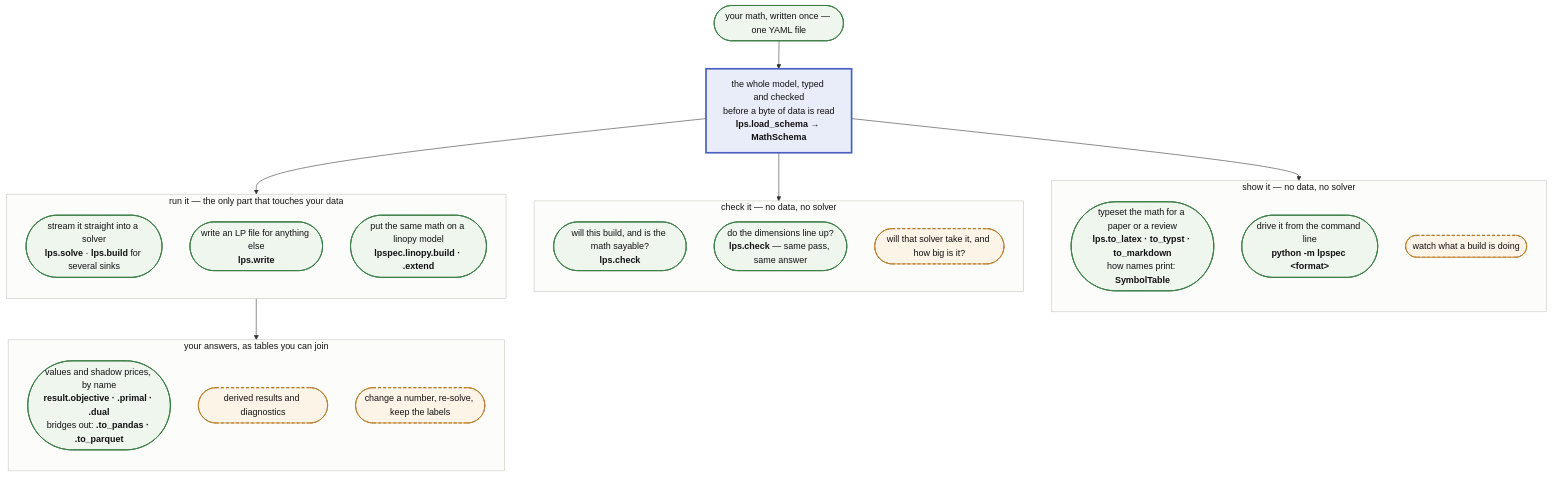
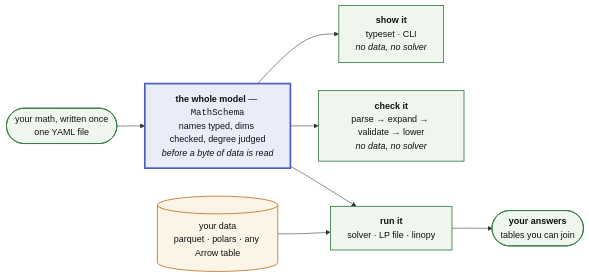
Before and after one commit to FBumann/farkas: the second of 2 diagrams in docs/ARCHITECTURE.md, drawn with Mermaid. The commit also changed other lines of this file and 1 other file, not shown here.

First line of the commit message:
docs(architecture): the consumers diagram carries the shape, not the list (#377)

````diff
--- a/docs/ARCHITECTURE.md
+++ b/docs/ARCHITECTURE.md
@@ -109,51 +136,16 @@
 ```mermaid
-flowchart TB
-    Y(["your math, written once — one YAML file"])
-
-    Y --> AST
-
-    AST["the whole model, typed and checked<br/>before a byte of data is read<br/><b>lps.load_schema → MathSchema</b>"]
-
-    AST --> SHOW
-    AST --> CHECK
-    AST --> RUN
-
-    subgraph SHOW["show it — no data, no solver"]
-        direction TB
-        S1(["typeset the math for a paper or a review<br/><b>lps.to_latex · to_typst · to_markdown</b><br/>how names print: <b>SymbolTable</b>"])
-        S2(["drive it from the command line<br/><b>python -m lpspec &lt;format&gt;</b>"])
-        S3(["watch what a build is doing"])
-    end
-
-    subgraph CHECK["check it — no data, no solver"]
-        direction TB
-        C1(["will this build, and is the math sayable?<br/><b>lps.check</b>"])
-        C2(["do the dimensions line up?<br/><b>lps.check</b> — same pass, same answer"])
-        C3(["will that solver take it, and how big is it?"])
-    end
-
-    subgraph RUN["run it — the only part that touches your data"]
-        direction TB
-        R1(["stream it straight into a solver<br/><b>lps.solve</b> · <b>lps.build</b> for several sinks"])
-        R2(["write an LP file for anything else<br/><b>lps.write</b>"])
-        R3(["put the same math on a linopy model<br/><b>lpspec.linopy.build · .extend</b>"])
-    end
-
-    R1 --> ANS
-
-    subgraph ANS["your answers, as tables you can join"]
-        direction TB
-        A1(["values and shadow prices, by name<br/><b>result.objective · .primal · .dual</b><br/>bridges out: <b>.to_pandas · .to_parquet</b>"])
-        A2(["derived results and diagnostics"])
-        A3(["change a number, re-solve, keep the labels"])
-    end
-
+flowchart LR
+    Y(["your math, written once<br/>one YAML file"]) --> AST
+    AST["<b>the whole model</b> — <code>MathSchema</code><br/>names typed, dims checked, degree judged<br/><i>before a byte of data is read</i>"]
+    AST --> SHOW["<b>show it</b><br/>typeset · CLI<br/><i>no data, no solver</i>"]
+    AST --> CHECK["<b>check it</b><br/>parse → expand → validate → lower<br/><i>no data, no solver</i>"]
+    AST --> RUN["<b>run it</b><br/>solver · LP file · linopy"]
+    DATA[("your data<br/>parquet · polars · any Arrow table")] --> RUN
+    RUN --> ANS(["<b>your answers</b><br/>tables you can join"])
     classDef built fill:#eef6ee,stroke:#3a7d44,stroke-width:1.5px,color:#111
-    classDef plan fill:#fdf4e8,stroke:#b7791f,stroke-width:1.5px,stroke-dasharray:5 4,color:#111
     classDef waist fill:#e9edfa,stroke:#4a5fc1,stroke-width:3px,color:#111
-    classDef fam fill:#fcfcfb,stroke:#c9c5be,color:#111
-    class Y,R1,R2,R3,C1,C2,A1,S1,S2 built
-    class C3,S3,A2,A3 plan
+    classDef data fill:#fdf4e8,stroke:#b7791f,stroke-width:1.5px,color:#111
+    class Y,SHOW,CHECK,RUN,ANS built
     class AST waist
-    class RUN,CHECK,SHOW,ANS fam
+    class DATA data
 ```
````
